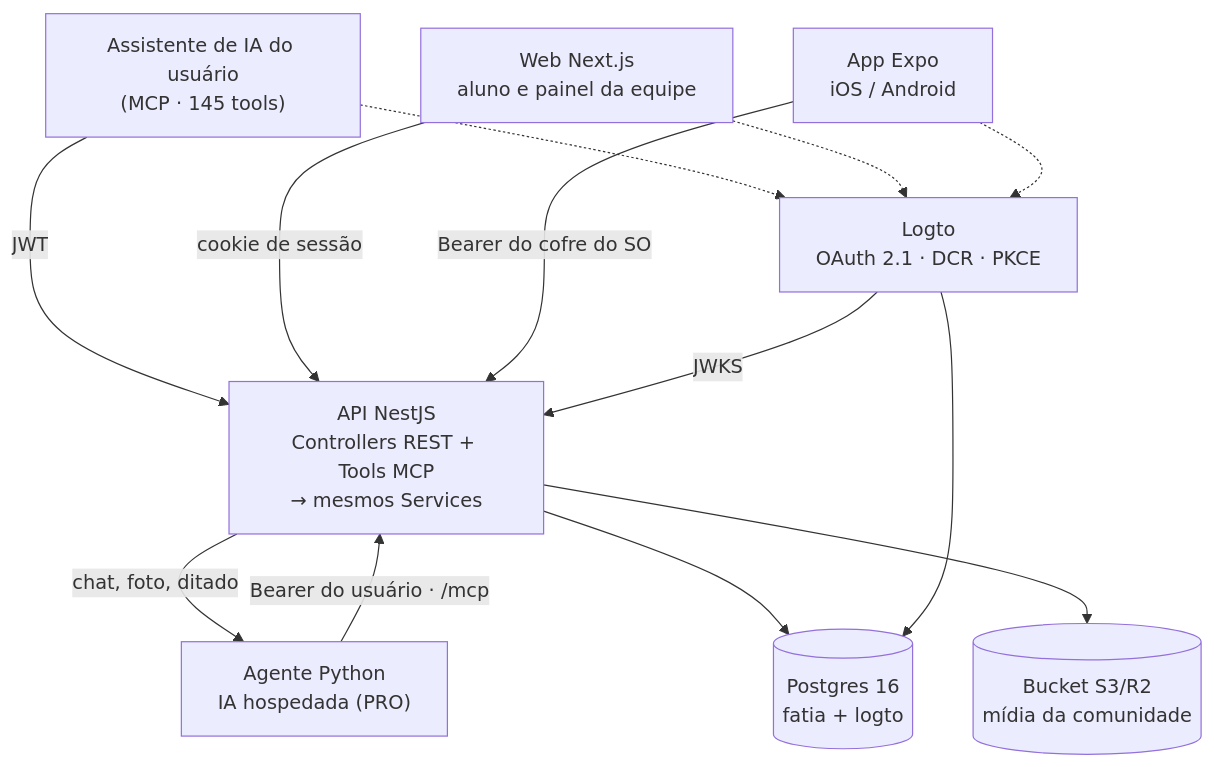
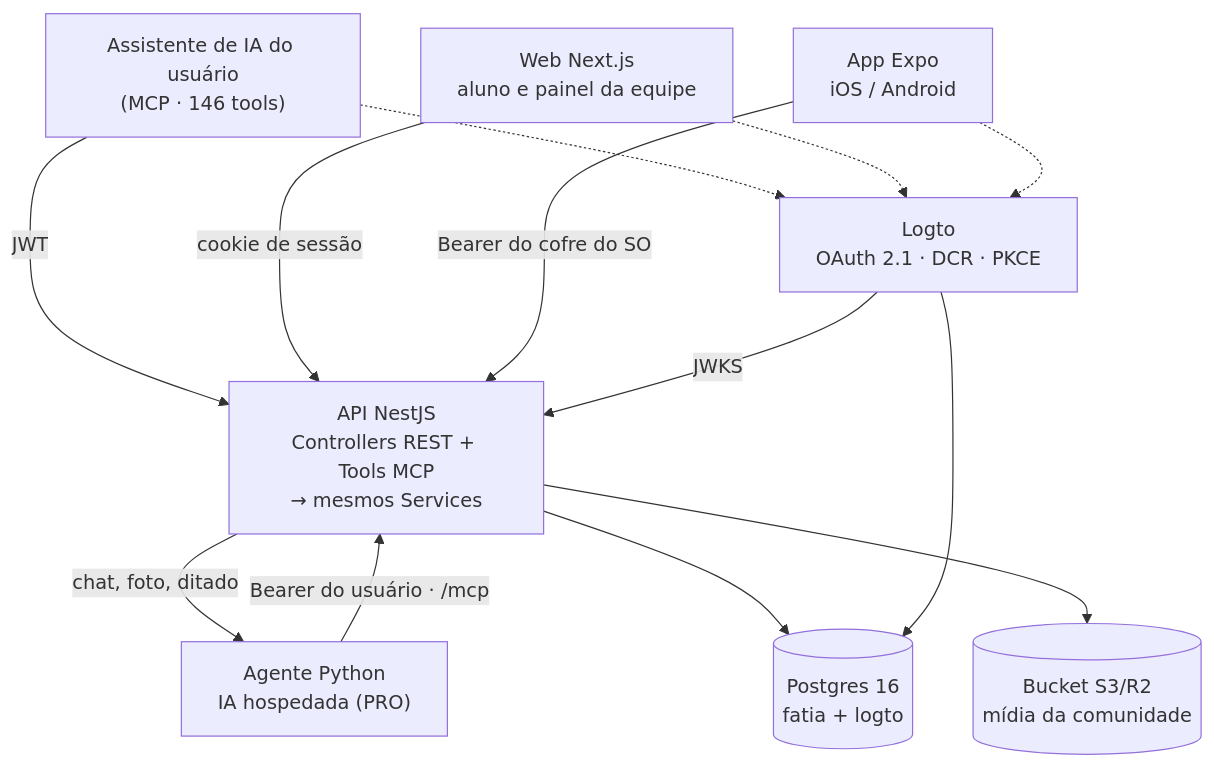
One commit to ThiagoCarreiraVallim/fatia changed the diagram in README.md. Above: the diagram before and after it, drawn with Mermaid. The commit also changed other lines of this file and 14 other files, not shown here.

Commit message:
feat(mcp): set_exercise_favorite, favoritesOnly e configuração do exercício nas tools de plano (#378)

````diff
--- a/README.md
+++ b/README.md
@@ -33,24 +33,24 @@
 ```mermaid
 flowchart TD
-    claude["Assistente de IA do usuário<br/>(MCP · 145 tools)"]
+    claude["Assistente de IA do usuário<br/>(MCP · 146 tools)"]
     pwa["Web Next.js<br/>aluno e painel da equipe"]
     mobile["App Expo<br/>iOS / Android"]
     agent["Agente Python<br/>IA hospedada (PRO)"]
     logto["Logto<br/>OAuth 2.1 · DCR · PKCE"]
     api["API NestJS<br/>Controllers REST + Tools MCP<br/>→ mesmos Services"]
     pg[("Postgres 16<br/>fatia + logto")]
     s3[("Bucket S3/R2<br/>mídia da comunidade")]
 
     claude -- "JWT" --> api
     pwa -- "cookie de sessão" --> api
     mobile -- "Bearer do cofre do SO" --> api
     api -- "chat, foto, ditado" --> agent
     agent -- "Bearer do usuário · /mcp" --> api
     claude -.-> logto
     pwa -.-> logto
     mobile -.-> logto
     logto -- "JWKS" --> api
     api --> pg
     api --> s3
     logto --> pg
 ```
````
